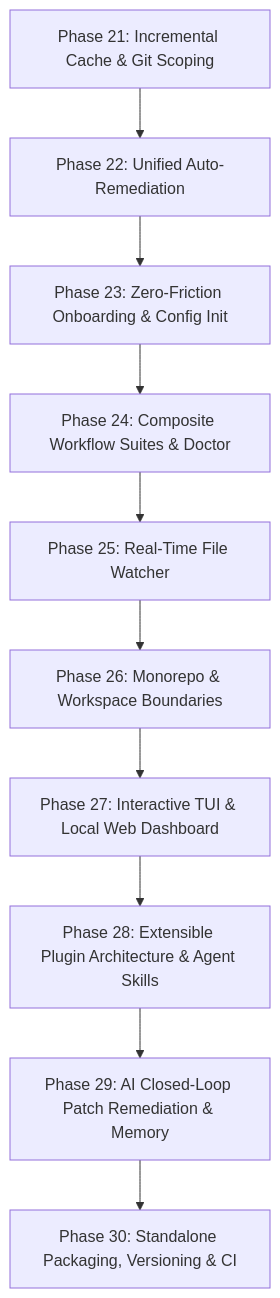
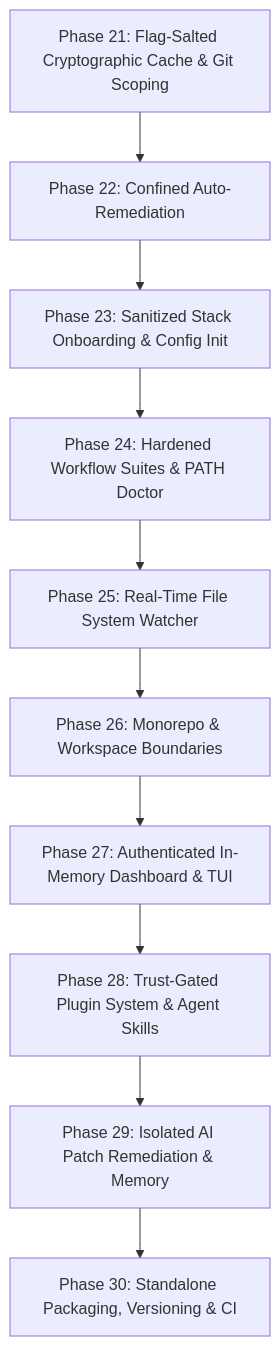
The diagram in master-pm-build-plan.md (jamesdsizemore/rush-cli), drawn with Mermaid before and after one commit. The commit also changed other lines of this file and 11 other files, not shown here.

````diff
--- a/master-pm-build-plan.md
+++ b/master-pm-build-plan.md
@@ -97,12 +112,12 @@
 ```mermaid
 graph TD
-  P21[Phase 21: Incremental Cache & Git Scoping] --> P22[Phase 22: Unified Auto-Remediation]
-  P22 --> P23[Phase 23: Zero-Friction Onboarding & Config Init]
-  P23 --> P24[Phase 24: Composite Workflow Suites & Doctor]
-  P24 --> P25[Phase 25: Real-Time File Watcher]
+  P21[Phase 21: Flag-Salted Cryptographic Cache & Git Scoping] --> P22[Phase 22: Confined Auto-Remediation]
+  P22 --> P23[Phase 23: Sanitized Stack Onboarding & Config Init]
+  P23 --> P24[Phase 24: Hardened Workflow Suites & PATH Doctor]
+  P24 --> P25[Phase 25: Real-Time File System Watcher]
   P25 --> P26[Phase 26: Monorepo & Workspace Boundaries]
-  P26 --> P27[Phase 27: Interactive TUI & Local Web Dashboard]
-  P27 --> P28[Phase 28: Extensible Plugin Architecture & Agent Skills]
-  P28 --> P29[Phase 29: AI Closed-Loop Patch Remediation & Memory]
+  P26 --> P27[Phase 27: Authenticated In-Memory Dashboard & TUI]
+  P27 --> P28[Phase 28: Trust-Gated Plugin System & Agent Skills]
+  P28 --> P29[Phase 29: Isolated AI Patch Remediation & Memory]
   P29 --> P30[Phase 30: Standalone Packaging, Versioning & CI]
 ```
````
